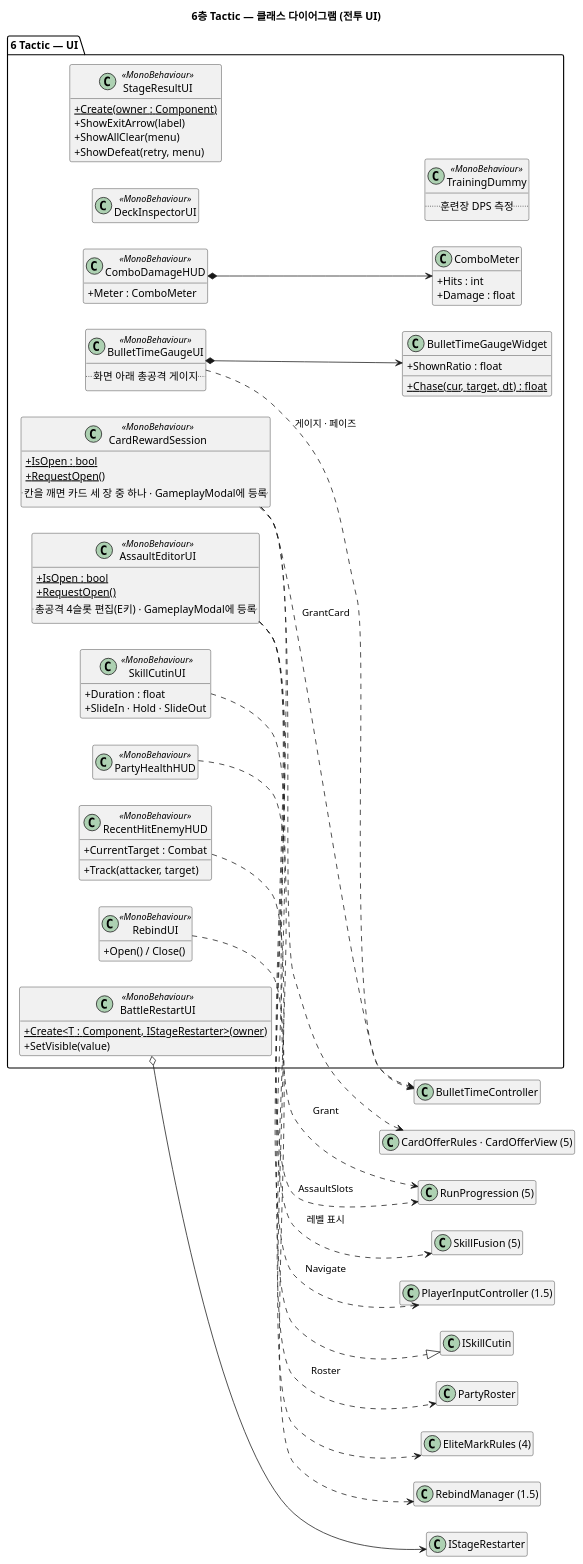
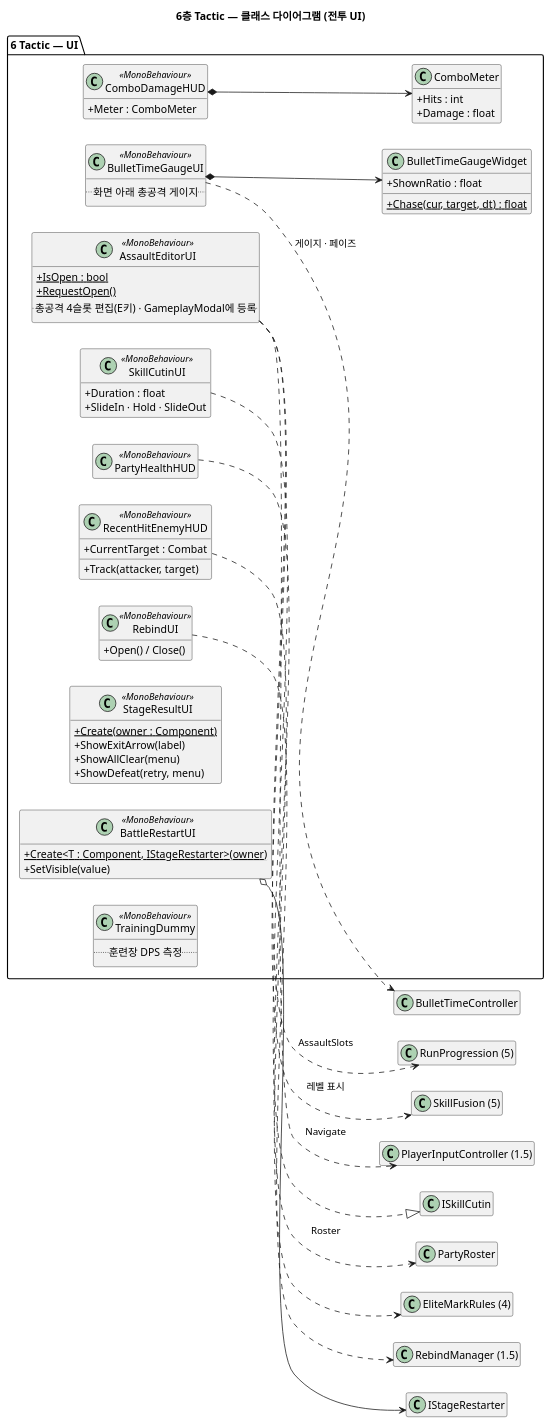
The diagram in docs/uml/09-Tactic-UI.puml (jukanmi/Prototype), drawn with PlantUML before and after one commit. The commit also changed 114 other files, not shown here.

```diff
--- a/docs/uml/09-Tactic-UI.puml
+++ b/docs/uml/09-Tactic-UI.puml
@@ -1,79 +1,70 @@
 @startuml 09-Tactic-UI
 ' 6층 Tactic — 전투 씬 UI. HUD는 CombatManager · BattleInput 프리팹이 화면을 쥐고,
 ' 모달 일부(총공격 편집 · 보상 카드 · 결과 · 재시작)는 코드로 캔버스를 짓는다.
 title 6층 Tactic — 클래스 다이어그램 (전투 UI)
 
 set separator none
 left to right direction
 skinparam shadowing false
 skinparam classAttributeIconSize 0
 hide empty members
 
 package "6 Tactic — UI" {
   class BulletTimeGaugeUI <<MonoBehaviour>> {
     .. 화면 아래 총공격 게이지 ..
   }
   class BulletTimeGaugeWidget {
     + ShownRatio : float
     + {static} Chase(cur, target, dt) : float
   }
   class AssaultEditorUI <<MonoBehaviour>> {
     + {static} IsOpen : bool
     + {static} RequestOpen()
     .. 총공격 4슬롯 편집(E키) · GameplayModal에 등록 ..
   }
-  class CardRewardSession <<MonoBehaviour>> {
-    + {static} IsOpen : bool
-    + {static} RequestOpen()
-    .. 칸을 깨면 카드 세 장 중 하나 · GameplayModal에 등록 ..
-  }
   class SkillCutinUI <<MonoBehaviour>> {
     + Duration : float
     + SlideIn · Hold · SlideOut
   }
-  class DeckInspectorUI <<MonoBehaviour>>
   class PartyHealthHUD <<MonoBehaviour>>
   class RecentHitEnemyHUD <<MonoBehaviour>> {
     + CurrentTarget : Combat
     + Track(attacker, target)
   }
   class ComboDamageHUD <<MonoBehaviour>> {
     + Meter : ComboMeter
   }
   class ComboMeter {
     + Hits : int
     + Damage : float
   }
   class RebindUI <<MonoBehaviour>> {
     + Open() / Close()
   }
   class StageResultUI <<MonoBehaviour>> {
     + {static} Create(owner : Component)
     + ShowExitArrow(label)
     + ShowAllClear(menu)
     + ShowDefeat(retry, menu)
   }
   class BattleRestartUI <<MonoBehaviour>> {
     + {static} Create<T : Component, IStageRestarter>(owner)
     + SetVisible(value)
   }
   class TrainingDummy <<MonoBehaviour>> {
     .. 훈련장 DPS 측정 ..
   }
 }
 
 BulletTimeGaugeUI ..> "BulletTimeController" : 게이지 · 페이즈
 BulletTimeGaugeUI *--> BulletTimeGaugeWidget
 AssaultEditorUI ..> "RunProgression (5)" : AssaultSlots
 AssaultEditorUI ..> "SkillFusion (5)" : 레벨 표시
 AssaultEditorUI ..> "PlayerInputController (1.5)" : Navigate
-CardRewardSession ..> "BulletTimeController" : GrantCard
-CardRewardSession ..> "CardOfferRules · CardOfferView (5)"
-CardRewardSession ..> "RunProgression (5)" : Grant
 PartyHealthHUD ..> "PartyRoster" : Roster
 SkillCutinUI ..|> "ISkillCutin"
 ComboDamageHUD *--> ComboMeter
 RecentHitEnemyHUD ..> "EliteMarkRules (4)"
 RebindUI ..> "RebindManager (1.5)"
 BattleRestartUI o--> "IStageRestarter"
 @enduml
```
